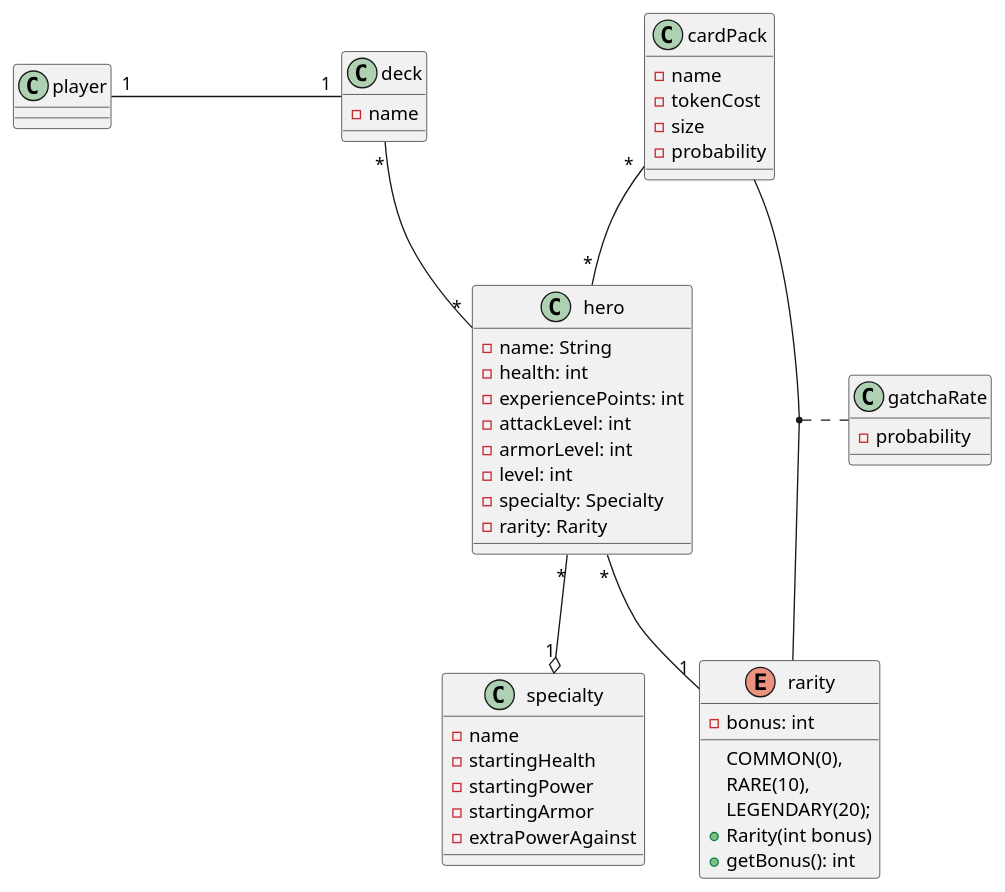
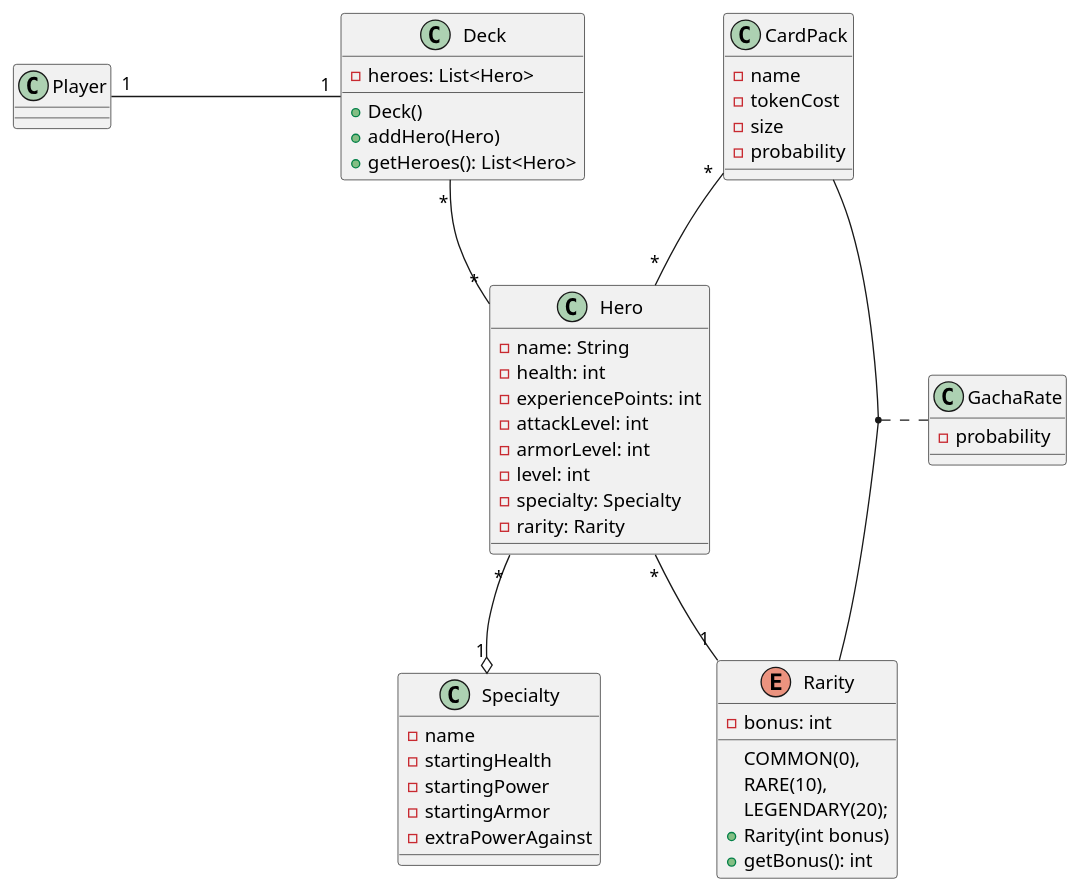
One commit to shelbon/clean-code-card-game changed the diagram in docs/classeMetier.puml. Above: the diagram before and after it, drawn with PlantUML. The commit also changed 1 other file, not shown here.

```diff
--- a/docs/classeMetier.puml
+++ b/docs/classeMetier.puml
@@ -1,51 +1,55 @@
 @startuml
-class hero {
+class Hero {
         - name: String
         - health: int
         - experiencePoints: int
         - attackLevel: int
         - armorLevel: int
         - level: int
         - specialty: Specialty
         - rarity: Rarity
     }
 
-class specialty {
+class Specialty {
     - name
     - startingHealth
     - startingPower
     - startingArmor
     - extraPowerAgainst
 }
-class cardPack{
+class CardPack{
     - name
     - tokenCost
     - size
     - probability
 }
-class gatchaRate {
+class GachaRate {
       - probability
 }
-enum rarity {
+enum Rarity {
     COMMON(0),
     RARE(10),
     LEGENDARY(20);
 
     - bonus: int
 
     + Rarity(int bonus)
     + getBonus(): int
 }
-class deck  {
-    - name
+class Deck {
+    - heroes: List<Hero>
+
+    + Deck()
+    + addHero(Hero)
+    + getHeroes(): List<Hero>
 }
-class player {
+class Player {
 
 }
-player "1"- "1" deck:\t\t\t\t\t
-hero "*"-"1" rarity:\t\t\t\t
-hero "*" --o "1" specialty
-deck "*" --"*" hero :"\t\t\t\t\t"
-cardPack "*" --"*" hero :"\t\t\t\t"
-(cardPack,rarity) .. gatchaRate
+Player "1"- "1" Deck:\t\t\t\t\t
+Hero "*"-"1" Rarity:\t\t\t\t
+Hero "*" --o "1" Specialty:\t\t\t\t
+Deck "*" --"*" Hero :"\t\t\t\t\t"
+CardPack "*" --"*" Hero :"\t\t\t\t"
+(CardPack,Rarity) .. GachaRate
 @enduml
```
